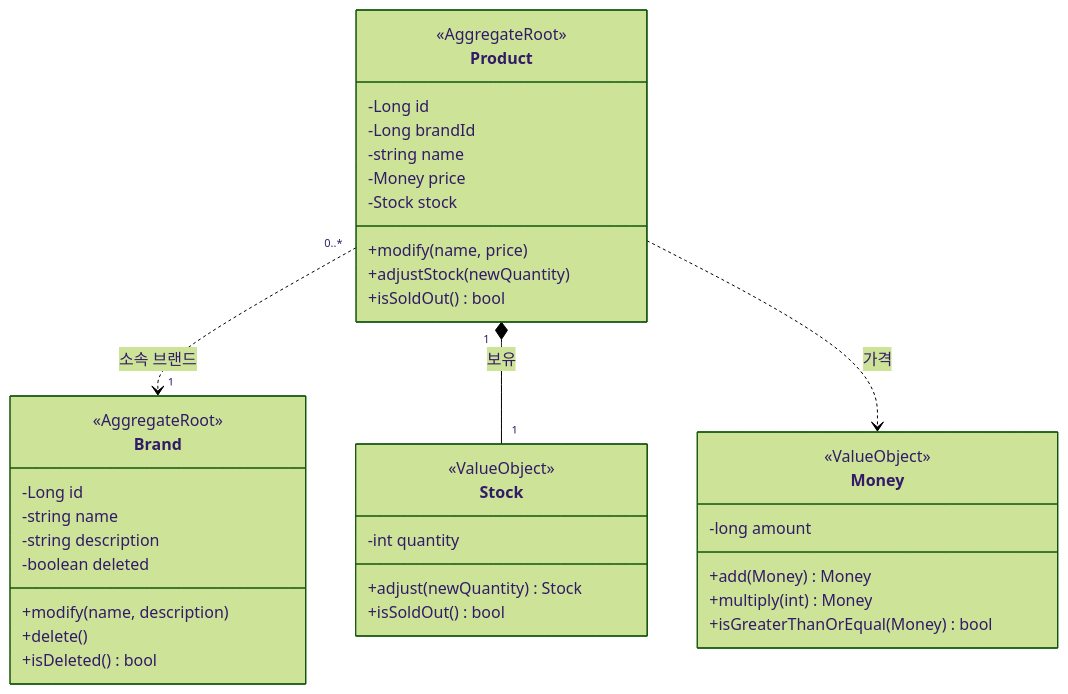
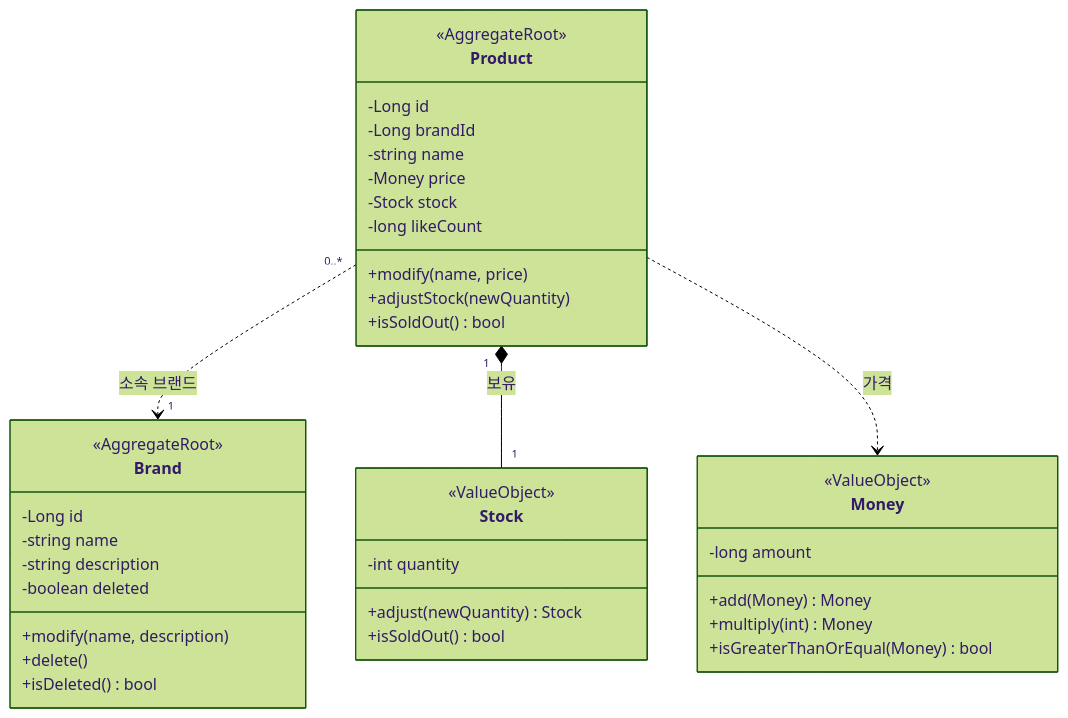
The second of 5 diagrams in docs/week2/03-class-diagram.md (loopers-labs/loop-pack-be-l2-vol4-java), drawn with Mermaid (forest theme) before and after one commit. The commit also changed other lines of this file and 3 other files, not shown here.

````diff
--- a/docs/week2/03-class-diagram.md
+++ b/docs/week2/03-class-diagram.md
@@ -182,41 +183,42 @@
 ```mermaid
 classDiagram
     class Brand {
         <<AggregateRoot>>
         -Long id
         -string name
         -string description
         -boolean deleted
         +modify(name, description)
         +delete()
         +isDeleted() bool
     }
     class Product {
         <<AggregateRoot>>
         -Long id
         -Long brandId
         -string name
         -Money price
         -Stock stock
+        -long likeCount
         +modify(name, price)
         +adjustStock(newQuantity)
         +isSoldOut() bool
     }
     class Stock {
         <<ValueObject>>
         -int quantity
         +adjust(newQuantity) Stock
         +isSoldOut() bool
     }
     class Money {
         <<ValueObject>>
         -long amount
         +add(Money) Money
         +multiply(int) Money
         +isGreaterThanOrEqual(Money) bool
     }
 
     Product "0..*" ..> "1" Brand : 소속 브랜드
     Product "1" *-- "1" Stock : 보유
     Product ..> Money : 가격
 ```
````
